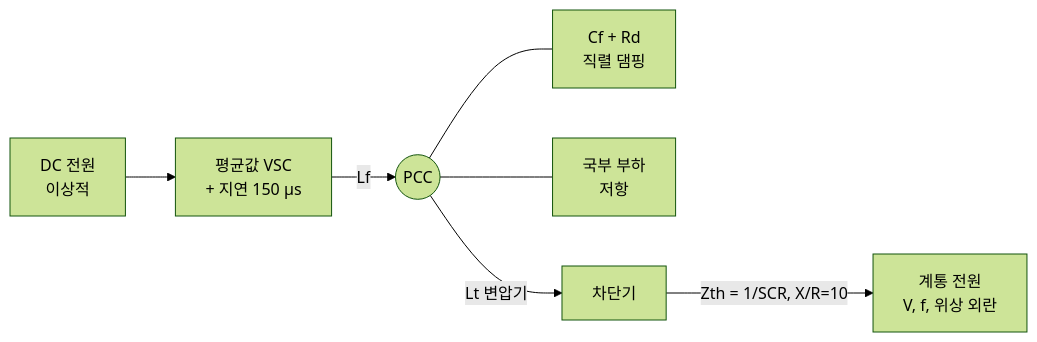
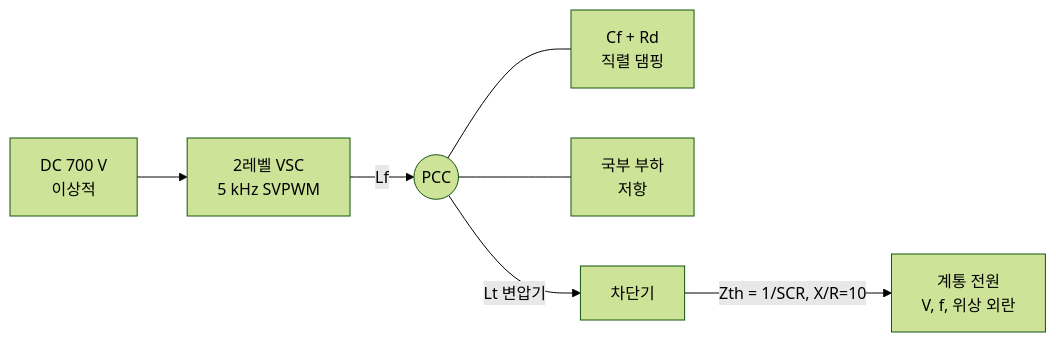
The diagram in simulation/emt/README.md (Gridex-kb/GFMGFL), drawn with Mermaid (forest theme) before and after one commit. The commit also changed other lines of this file and 5 other files, not shown here.

````diff
--- a/simulation/emt/README.md
+++ b/simulation/emt/README.md
@@ -20,9 +20,9 @@
 ```mermaid
 flowchart LR
-  DC[DC 전원<br/>이상적] --> VSC[평균값 VSC<br/>+ 지연 150 µs]
+  DC[DC 700 V<br/>이상적] --> VSC[2레벨 VSC<br/>5 kHz SVPWM]
   VSC -- Lf --> PCC((PCC))
   PCC --- C[Cf + Rd<br/>직렬 댐핑]
   PCC --- LD[국부 부하<br/>저항]
   PCC -- Lt 변압기 --> BRK[차단기]
   BRK -- "Zth = 1/SCR, X/R=10" --> G[계통 전원<br/>V, f, 위상 외란]
 ```
````
